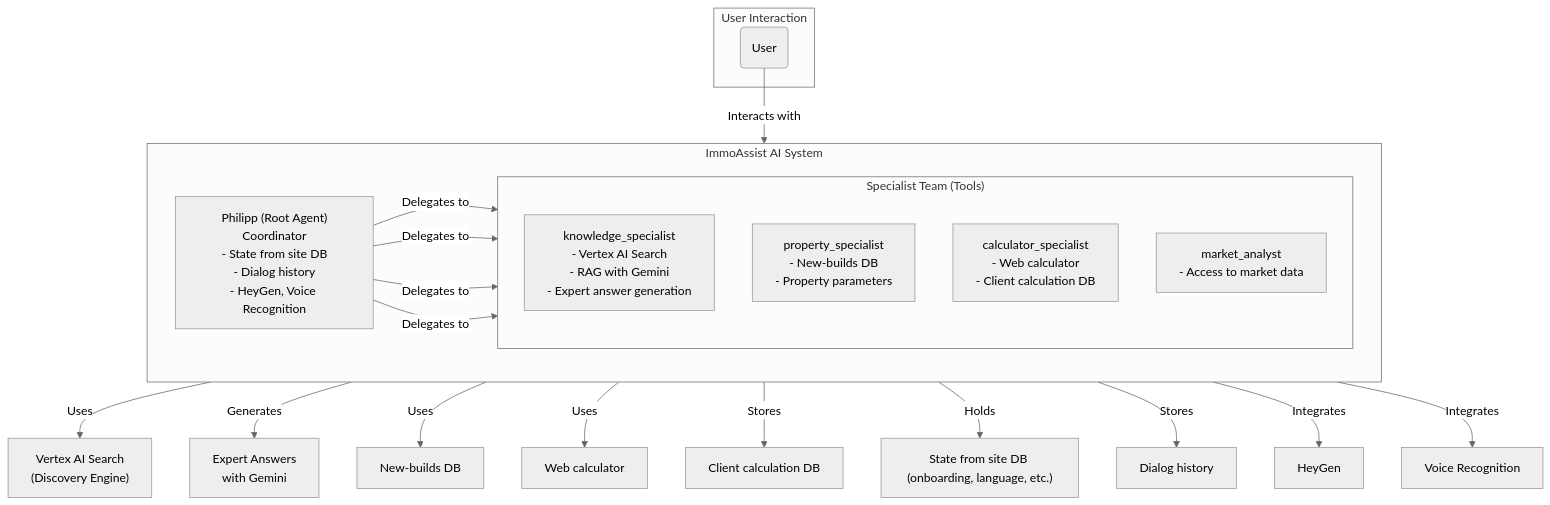
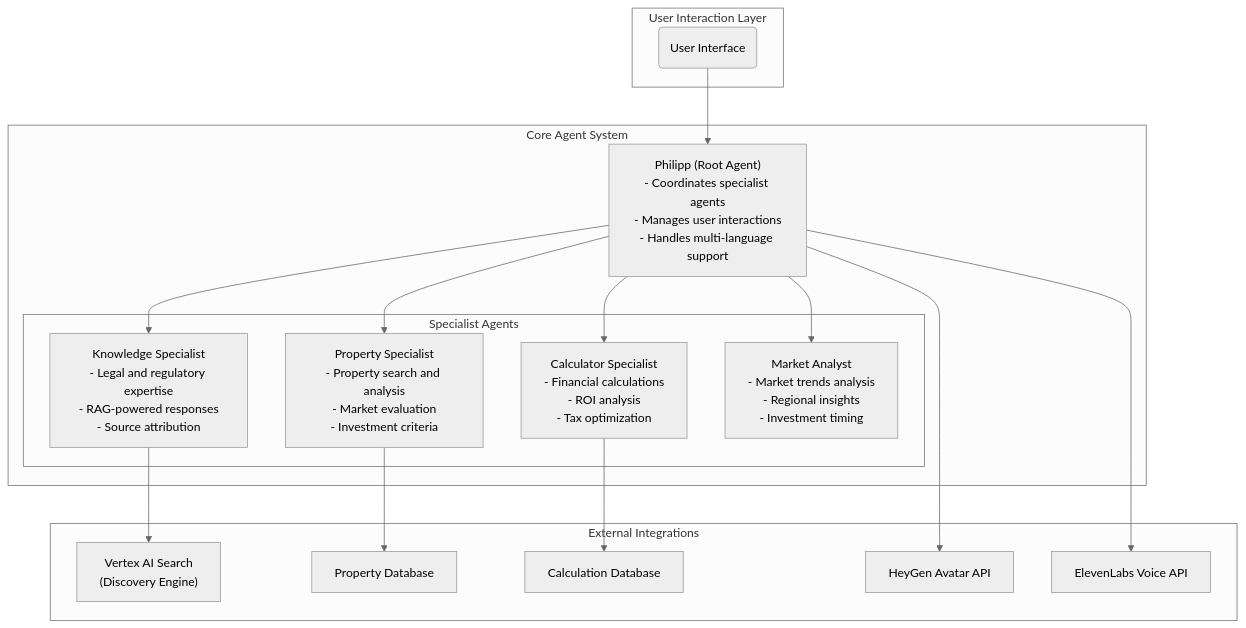
Before and after one commit to Qlefia/immoassist-agent: the diagram in README.md, drawn with Mermaid (neutral theme). The commit also changed other lines of this file and 23 other files, not shown here.

````diff
--- a/README.md
+++ b/README.md
@@ -14,34 +14,36 @@
 ```mermaid
 graph TD
-    subgraph "User Interaction"
-        User(User)
+    subgraph "User Interaction Layer"
+        User(User Interface)
     end
 
-    subgraph "ImmoAssist AI System"
-        direction LR
-        Root["Philipp (Root Agent)\nCoordinator\n- State from site DB\n- Dialog history\n- HeyGen, Voice Recognition"]
+    subgraph "Core Agent System"
+        Root["Philipp (Root Agent)\n- Coordinates specialist agents\n- Manages user interactions\n- Handles multi-language support"]
 
-        subgraph "Specialist Team (Tools)"
-            direction TB
-            Knowledge["knowledge_specialist\n- Vertex AI Search\n- RAG with Gemini\n- Expert answer generation"]
-            Property["property_specialist\n- New-builds DB\n- Property parameters"]
-            Calculator["calculator_specialist\n- Web calculator\n- Client calculation DB"]
-            Market["market_analyst\n- Access to market data"]
+        subgraph "Specialist Agents"
+            Knowledge["Knowledge Specialist\n- Legal and regulatory expertise\n- RAG-powered responses\n- Source attribution"]
+            Property["Property Specialist\n- Property search and analysis\n- Market evaluation\n- Investment criteria"]
+            Calculator["Calculator Specialist\n- Financial calculations\n- ROI analysis\n- Tax optimization"]
+            Market["Market Analyst\n- Market trends analysis\n- Regional insights\n- Investment timing"]
         end
     end
 
-    User -- Interacts with --> Root
-    Root -- Delegates to --> Knowledge
-    Root -- Delegates to --> Property
-    Root -- Delegates to --> Calculator
-    Root -- Delegates to --> Market
-    Knowledge -- Uses --> VertexSearch["Vertex AI Search\n(Discovery Engine)"]
-    Knowledge -- Generates --> ExpertAnswers["Expert Answers\nwith Gemini"]
-    Property -- Uses --> PropDB["New-builds DB"]
-    Calculator -- Uses --> CalcSrv["Web calculator"]
-    Calculator -- Stores --> CalcDB["Client calculation DB"]
-    Root -- Holds --> StateDB["State from site DB (onboarding, language, etc.)"]
-    Root -- Stores --> Dialogs["Dialog history"]
-    Root -- Integrates --> HeyGen["HeyGen"]
-    Root -- Integrates --> VoiceRec["Voice Recognition"]
+    subgraph "External Integrations"
+        VertexSearch["Vertex AI Search\n(Discovery Engine)"]
+        HeyGen["HeyGen Avatar API"]
+        ElevenLabs["ElevenLabs Voice API"]
+        PropertyDB["Property Database"]
+        CalcDB["Calculation Database"]
+    end
+
+    User --> Root
+    Root --> Knowledge
+    Root --> Property
+    Root --> Calculator
+    Root --> Market
+    Knowledge --> VertexSearch
+    Root --> HeyGen
+    Root --> ElevenLabs
+    Property --> PropertyDB
+    Calculator --> CalcDB
 ```
````
